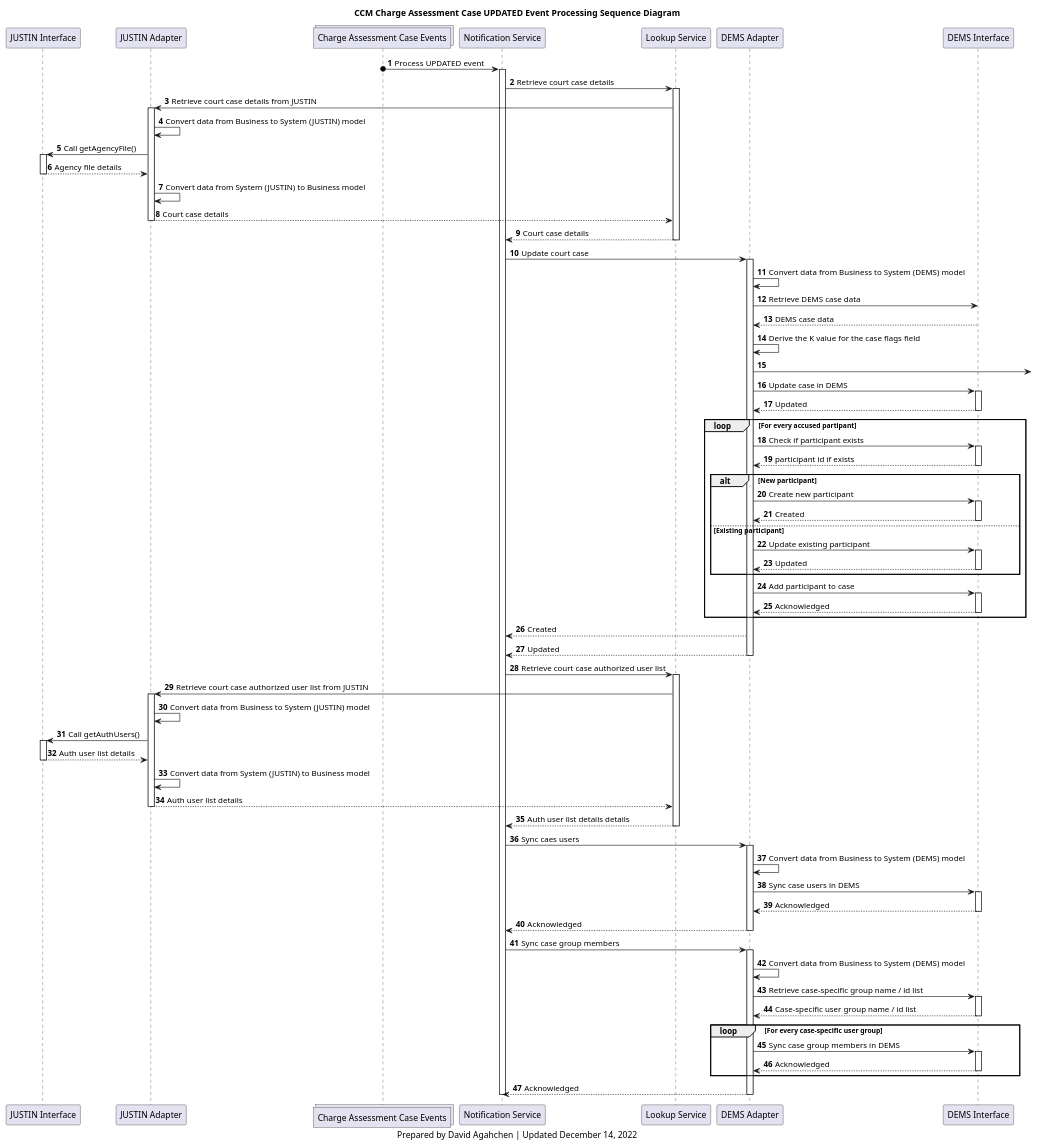
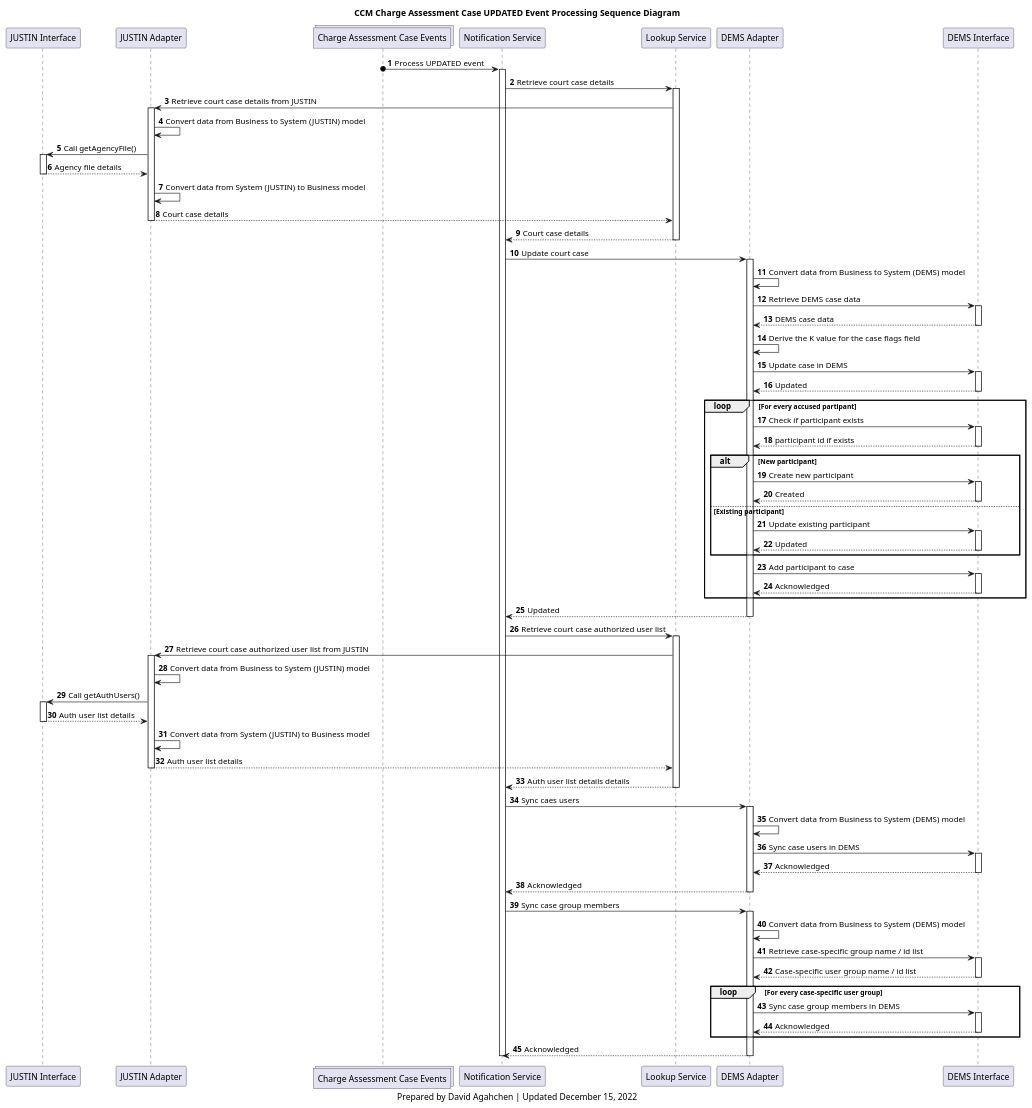
The diagram in diagrams/ccm_charge_assessment_case_updated_processing_sequence_diagram.plantuml (bcgov/jpss-jade-ccm), drawn with PlantUML before and after one commit.

Commit message:
JADE-1927 sequence diagram update

```diff
--- a/diagrams/ccm_charge_assessment_case_updated_processing_sequence_diagram.plantuml
+++ b/diagrams/ccm_charge_assessment_case_updated_processing_sequence_diagram.plantuml
@@ -1,124 +1,125 @@
 @startuml
 'hide footbox
 participant j_interface as "JUSTIN Interface"
 participant j_adapter as "JUSTIN Adapter"
 collections court_cases_topic as "Charge Assessment Case Events"
 participant notification_service as "Notification Service"
 participant lookup_service as "Lookup Service"
 participant d_adapter as "DEMS Adapter"
 participant d_interface as "DEMS Interface"
 
 title
 CCM Charge Assessment Case UPDATED Event Processing Sequence Diagram
 end title
 
 autonumber
 
 court_cases_topic o-> notification_service : Process UPDATED event
 activate notification_service
 notification_service -> lookup_service: Retrieve court case details
 activate lookup_service
 lookup_service -> j_adapter: Retrieve court case details from JUSTIN
 
 activate j_adapter
 j_adapter -> j_adapter: Convert data from Business to System (JUSTIN) model
 j_adapter -> j_interface: Call getAgencyFile()
 activate j_interface
 j_interface --> j_adapter: Agency file details
 deactivate j_interface
 j_adapter -> j_adapter: Convert data from System (JUSTIN) to Business model
 j_adapter --> lookup_service: Court case details
 deactivate j_adapter
 
 lookup_service --> notification_service: Court case details
 deactivate lookup_service
 notification_service -> d_adapter: Update court case
 
 activate d_adapter
 d_adapter -> d_adapter: Convert data from Business to System (DEMS) model
+
 d_adapter -> d_interface: Retrieve DEMS case data
+activate d_interface
 d_interface --> d_adapter: DEMS case data
+deactivate d_interface 
+
 d_adapter -> d_adapter: Derive the K value for the case flags field
-d_adapter -> 
 d_adapter -> d_interface: Update case in DEMS
 activate d_interface
 d_interface --> d_adapter: Updated
 deactivate d_interface
 
 loop For every accused partipant
     d_adapter -> d_interface: Check if participant exists
     activate d_interface
     d_interface --> d_adapter: participant id if exists
     deactivate d_interface
     alt New participant
         d_adapter -> d_interface: Create new participant
         activate d_interface
         d_interface --> d_adapter: Created
         deactivate d_interface
     else Existing participant
         d_adapter -> d_interface: Update existing participant
         activate d_interface
         d_interface --> d_adapter: Updated
         deactivate d_interface
     end
     d_adapter -> d_interface: Add participant to case
     activate d_interface
     d_interface --> d_adapter: Acknowledged
     deactivate d_interface
 end
-
-d_adapter --> notification_service: Created
 
 d_adapter --> notification_service: Updated
 deactivate d_adapter
 
 notification_service -> lookup_service: Retrieve court case authorized user list
 activate lookup_service
 lookup_service -> j_adapter: Retrieve court case authorized user list from JUSTIN
 
 activate j_adapter
 j_adapter -> j_adapter: Convert data from Business to System (JUSTIN) model
 j_adapter -> j_interface: Call getAuthUsers()
 activate j_interface
 j_interface --> j_adapter: Auth user list details
 deactivate j_interface
 j_adapter -> j_adapter: Convert data from System (JUSTIN) to Business model
 j_adapter --> lookup_service: Auth user list details
 deactivate j_adapter
 
 lookup_service --> notification_service: Auth user list details details
 deactivate lookup_service
 
 notification_service -> d_adapter: Sync caes users
 activate d_adapter
 d_adapter -> d_adapter: Convert data from Business to System (DEMS) model
 d_adapter -> d_interface: Sync case users in DEMS
 activate d_interface
 d_interface --> d_adapter: Acknowledged
 deactivate d_interface
 
 d_adapter --> notification_service: Acknowledged
 deactivate d_adapter
 
 notification_service -> d_adapter: Sync case group members
 activate d_adapter
 d_adapter -> d_adapter: Convert data from Business to System (DEMS) model
 d_adapter -> d_interface: Retrieve case-specific group name / id list
 activate d_interface
 d_interface --> d_adapter: Case-specific user group name / id list
 deactivate d_interface
 loop For every case-specific user group
     d_adapter -> d_interface: Sync case group members in DEMS
     activate d_interface
     d_interface --> d_adapter: Acknowledged
     deactivate d_interface
 end
 d_adapter --> notification_service: Acknowledged
 deactivate d_adapter
 
 deactivate notification_service
 
 caption
-Prepared by David Agahchen | Updated December 14, 2022
+Prepared by David Agahchen | Updated December 15, 2022
 end caption
 @enduml
```
